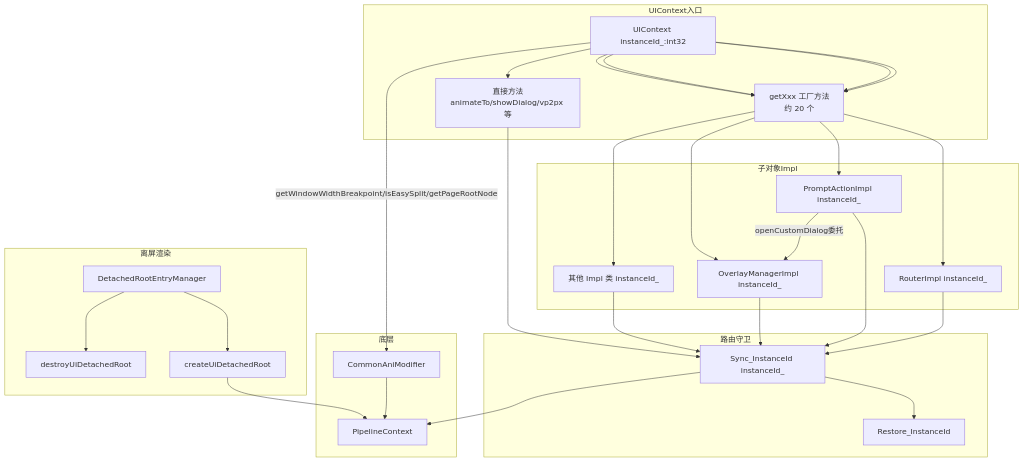
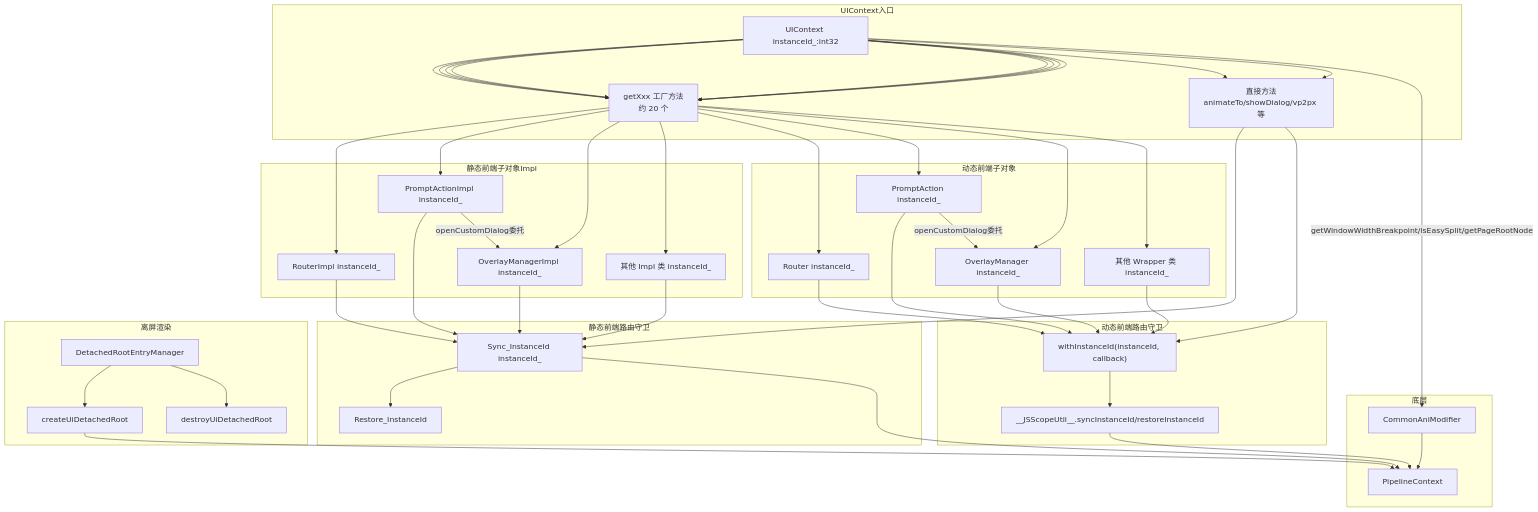
Before and after one commit to cleeshark/arkui_specs: the fourth of 5 diagrams in 04-common-capability/12-ui-context/01-ui-context-interface/design.md, drawn with Mermaid. The commit also changed other lines of this file and 7 other files, not shown here.

````diff
--- a/04-common-capability/12-ui-context/01-ui-context-interface/design.md
+++ b/04-common-capability/12-ui-context/01-ui-context-interface/design.md
@@ -357,45 +385,67 @@
 ```mermaid
 graph TD
     subgraph UIContext入口
         UIContext["UIContext instanceId_:int32"]
         FactoryMethod["getXxx 工厂方法<br/>约 20 个"]
         DirectMethod["直接方法<br/>animateTo/showDialog/vp2px 等"]
     end
-    subgraph 子对象Impl
+    subgraph 静态前端子对象Impl
         Router["RouterImpl instanceId_"]
         PromptAction["PromptActionImpl instanceId_"]
         OverlayManager["OverlayManagerImpl instanceId_"]
         Others["其他 Impl 类 instanceId_"]
     end
-    subgraph 路由守卫
+    subgraph 静态前端路由守卫
         Sync["Sync_InstanceId instanceId_"]
         Restore["Restore_InstanceId"]
+    end
+    subgraph 动态前端子对象
+        JsRouter["Router instanceId_"]
+        JsPromptAction["PromptAction instanceId_"]
+        JsOverlayManager["OverlayManager instanceId_"]
+        JsOthers["其他 Wrapper 类 instanceId_"]
+    end
+    subgraph 动态前端路由守卫
+        WithInstanceId["withInstanceId(instanceId, callback)"]
+        JSScopeUtil["__JSScopeUtil__.syncInstanceId/restoreInstanceId"]
     end
     subgraph 离屏渲染
         DetachedRoot["DetachedRootEntryManager"]
         CreateRoot["createUiDetachedRoot"]
         DestroyRoot["destroyUiDetachedRoot"]
     end
     subgraph 底层
         PipelineCtx["PipelineContext"]
         CommonAni["CommonAniModifier"]
     end
 
     UIContext --> FactoryMethod --> Router
     UIContext --> FactoryMethod --> PromptAction
     UIContext --> FactoryMethod --> OverlayManager
     UIContext --> FactoryMethod --> Others
+    UIContext --> FactoryMethod --> JsRouter
+    UIContext --> FactoryMethod --> JsPromptAction
+    UIContext --> FactoryMethod --> JsOverlayManager
+    UIContext --> FactoryMethod --> JsOthers
     UIContext --> DirectMethod --> Sync
+    UIContext --> DirectMethod --> WithInstanceId
     Router --> Sync
     PromptAction --> Sync
     OverlayManager --> Sync
     Others --> Sync
     Sync --> Restore
     Sync --> PipelineCtx
+    JsRouter --> WithInstanceId
+    JsPromptAction --> WithInstanceId
+    JsOverlayManager --> WithInstanceId
+    JsOthers --> WithInstanceId
+    WithInstanceId --> JSScopeUtil
+    JSScopeUtil --> PipelineCtx
     PromptAction -->|openCustomDialog委托| OverlayManager
+    JsPromptAction -->|openCustomDialog委托| JsOverlayManager
     DetachedRoot --> CreateRoot
     DetachedRoot --> DestroyRoot
     CreateRoot --> PipelineCtx
     UIContext -->|getWindowWidthBreakpoint/isEasySplit/getPageRootNode| CommonAni
     CommonAni --> PipelineCtx
 ```
````
